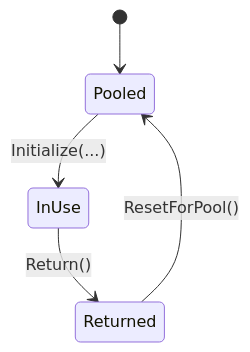
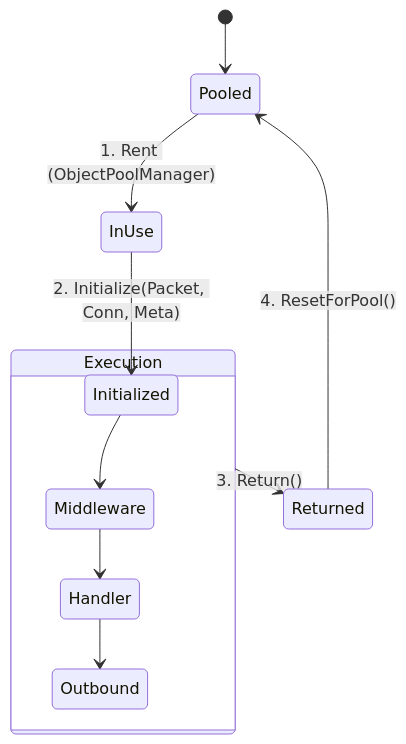
Before and after one commit to ppn-systems/Nalix: the diagram in docs/api/runtime/routing/packet-context.md, drawn with Mermaid. The commit also changed other lines of this file and 45 other files, not shown here.

````diff
--- a/docs/api/runtime/routing/packet-context.md
+++ b/docs/api/runtime/routing/packet-context.md
@@ -39,7 +9,16 @@
 ```mermaid
 stateDiagram-v2
     [*] --> Pooled
-    Pooled --> InUse: Initialize(...)
-    InUse --> Returned: Return()
-    Returned --> Pooled: ResetForPool()
+    
+    Pooled --> InUse: 1. Rent (ObjectPoolManager)
+    InUse --> Initialized: 2. Initialize(Packet, Conn, Meta)
+    
+    state Execution {
+        Initialized --> Middleware
+        Middleware --> Handler
+        Handler --> Outbound
+    }
+    
+    Execution --> Returned: 3. Return()
+    Returned --> Pooled: 4. ResetForPool()
 ```
````
